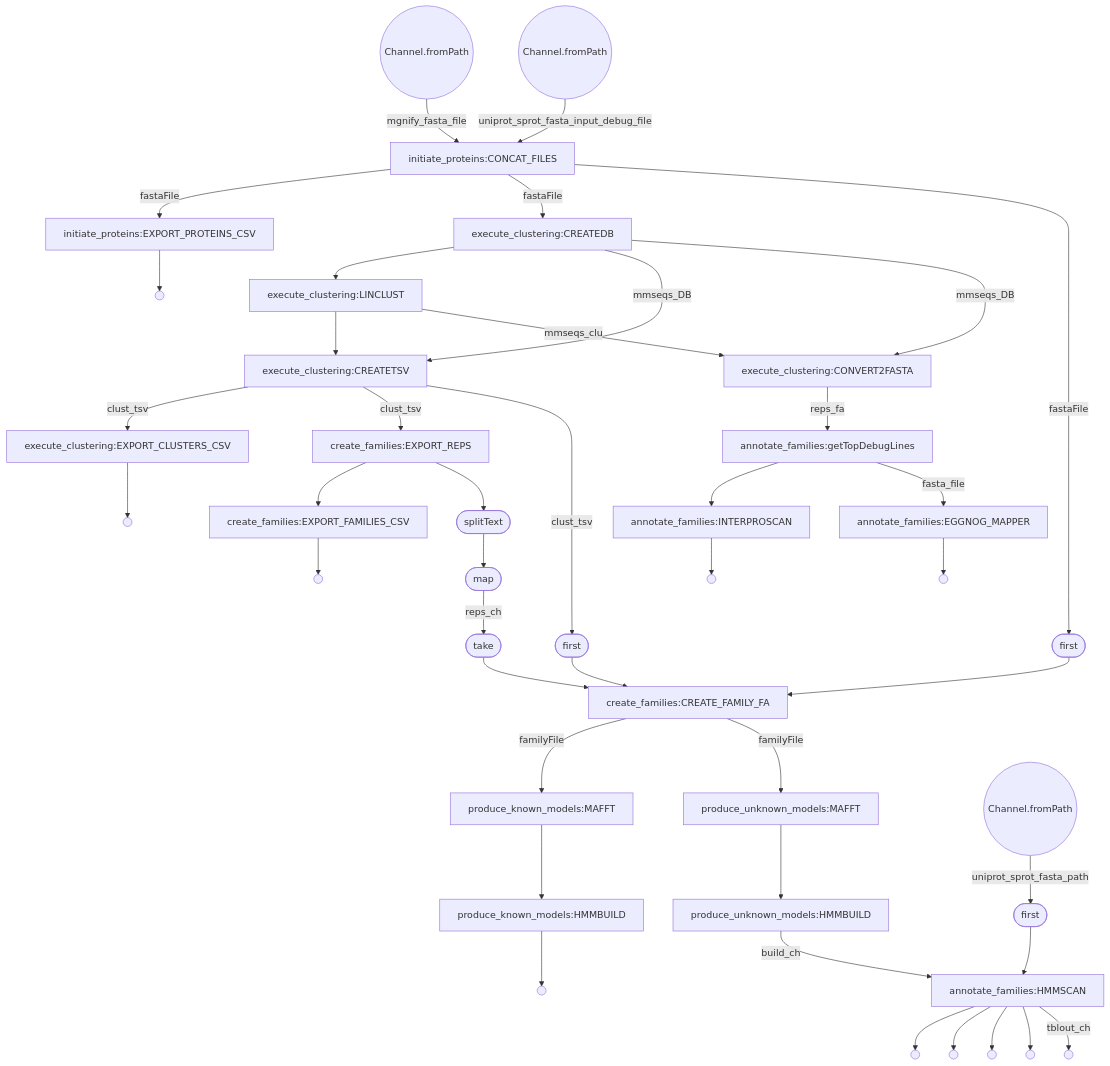
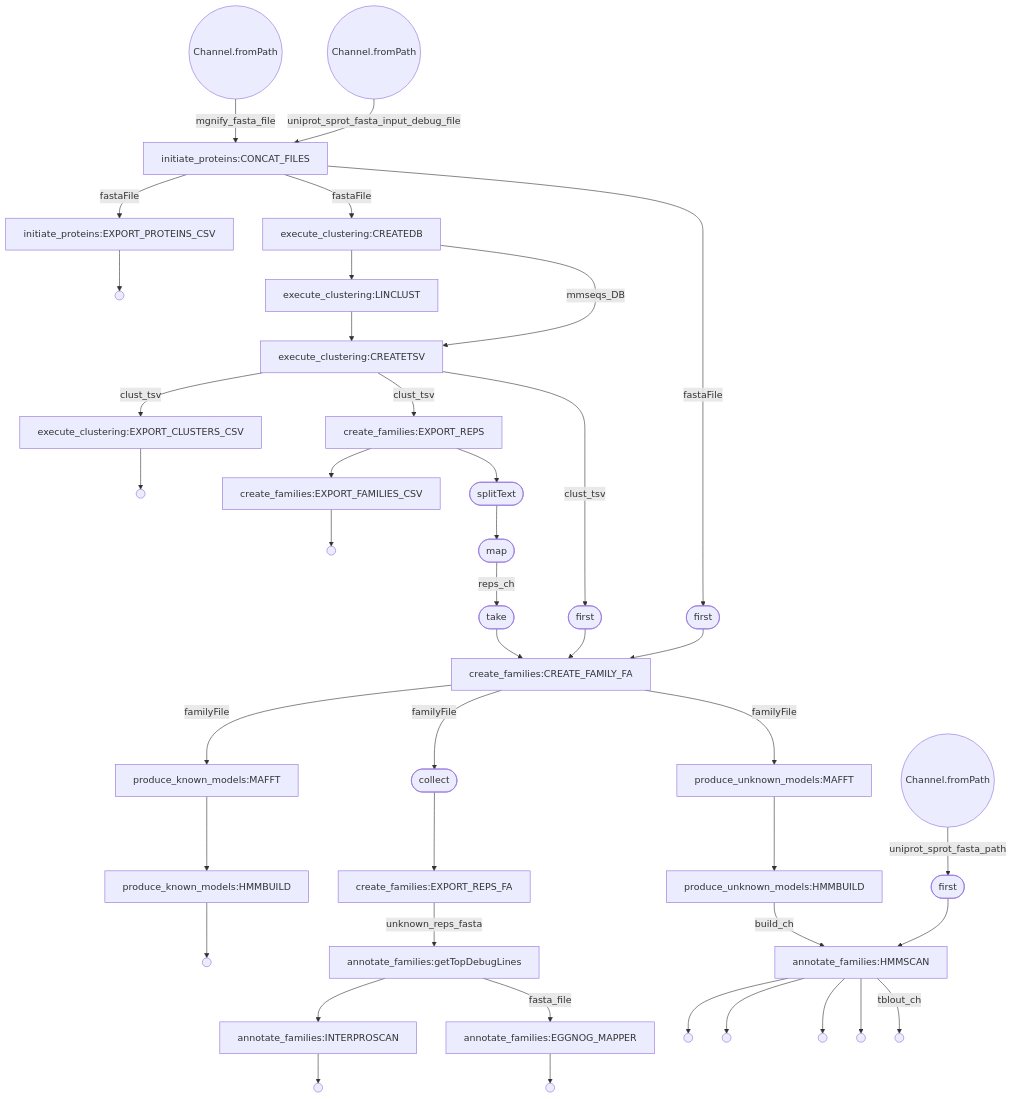
The diagram in flowchart_main.mmd (EBI-Metagenomics/mgnifams), drawn with Mermaid before and after one commit. The commit also changed 7 other files, not shown here.

Commit message:
annotation tool only for unknown families/reps

```diff
--- a/flowchart_main.mmd
+++ b/flowchart_main.mmd
@@ -1,80 +1,81 @@
 flowchart TD
     p0((Channel.fromPath))
     p1((Channel.fromPath))
     p2[initiate_proteins:CONCAT_FILES]
     p3[initiate_proteins:EXPORT_PROTEINS_CSV]
     p4(( ))
     p5[execute_clustering:CREATEDB]
     p6[execute_clustering:LINCLUST]
     p7[execute_clustering:CREATETSV]
     p8[execute_clustering:EXPORT_CLUSTERS_CSV]
     p9(( ))
-    p10[execute_clustering:CONVERT2FASTA]
-    p11[create_families:EXPORT_REPS]
-    p12[create_families:EXPORT_FAMILIES_CSV]
-    p13(( ))
-    p14([splitText])
-    p15([map])
+    p10[create_families:EXPORT_REPS]
+    p11[create_families:EXPORT_FAMILIES_CSV]
+    p12(( ))
+    p13([splitText])
+    p14([map])
+    p15([first])
     p16([first])
-    p17([first])
-    p18([take])
-    p19[create_families:CREATE_FAMILY_FA]
-    p20[produce_unknown_models:MAFFT]
-    p21[produce_unknown_models:HMMBUILD]
-    p22[produce_known_models:MAFFT]
-    p23[produce_known_models:HMMBUILD]
-    p24(( ))
-    p25((Channel.fromPath))
-    p26[annotate_families:getTopDebugLines]
-    p27[annotate_families:INTERPROSCAN]
-    p28(( ))
-    p29[annotate_families:EGGNOG_MAPPER]
-    p30(( ))
-    p31([first])
-    p32[annotate_families:HMMSCAN]
-    p33(( ))
+    p17([take])
+    p18[create_families:CREATE_FAMILY_FA]
+    p19([collect])
+    p20[create_families:EXPORT_REPS_FA]
+    p21[produce_unknown_models:MAFFT]
+    p22[produce_unknown_models:HMMBUILD]
+    p23[produce_known_models:MAFFT]
+    p24[produce_known_models:HMMBUILD]
+    p25(( ))
+    p26((Channel.fromPath))
+    p27[annotate_families:getTopDebugLines]
+    p28[annotate_families:INTERPROSCAN]
+    p29(( ))
+    p30[annotate_families:EGGNOG_MAPPER]
+    p31(( ))
+    p32([first])
+    p33[annotate_families:HMMSCAN]
     p34(( ))
     p35(( ))
     p36(( ))
     p37(( ))
+    p38(( ))
     p0 -->|mgnify_fasta_file| p2
     p1 -->|uniprot_sprot_fasta_input_debug_file| p2
     p2 -->|fastaFile| p3
     p3 --> p4
     p2 -->|fastaFile| p5
     p5 --> p6
     p6 --> p7
     p5 -->|mmseqs_DB| p7
     p7 -->|clust_tsv| p8
     p8 --> p9
-    p5 -->|mmseqs_DB| p10
-    p6 -->|mmseqs_clu| p10
-    p10 -->|reps_fa| p26
-    p7 -->|clust_tsv| p11
+    p7 -->|clust_tsv| p10
+    p10 --> p11
     p11 --> p12
-    p12 --> p13
-    p11 --> p14
-    p14 --> p15
-    p15 -->|reps_ch| p18
-    p7 -->|clust_tsv| p16
-    p16 --> p19
-    p2 -->|fastaFile| p17
-    p17 --> p19
-    p18 --> p19
-    p19 -->|familyFile| p22
-    p19 -->|familyFile| p20
-    p20 --> p21
-    p21 -->|build_ch| p32
-    p22 --> p23
+    p10 --> p13
+    p13 --> p14
+    p14 -->|reps_ch| p17
+    p7 -->|clust_tsv| p15
+    p15 --> p18
+    p2 -->|fastaFile| p16
+    p16 --> p18
+    p17 --> p18
+    p18 -->|familyFile| p23
+    p18 -->|familyFile| p19
+    p19 --> p20
+    p20 -->|unknown_reps_fasta| p27
+    p18 -->|familyFile| p21
+    p21 --> p22
+    p22 -->|build_ch| p33
     p23 --> p24
-    p25 -->|uniprot_sprot_fasta_path| p31
-    p26 --> p27
+    p24 --> p25
+    p26 -->|uniprot_sprot_fasta_path| p32
     p27 --> p28
-    p26 -->|fasta_file| p29
-    p29 --> p30
-    p31 --> p32
-    p32 --> p37
-    p32 --> p36
-    p32 --> p35
-    p32 --> p34
-    p32 -->|tblout_ch| p33
+    p28 --> p29
+    p27 -->|fasta_file| p30
+    p30 --> p31
+    p32 --> p33
+    p33 --> p38
+    p33 --> p37
+    p33 --> p36
+    p33 --> p35
+    p33 -->|tblout_ch| p34
```
